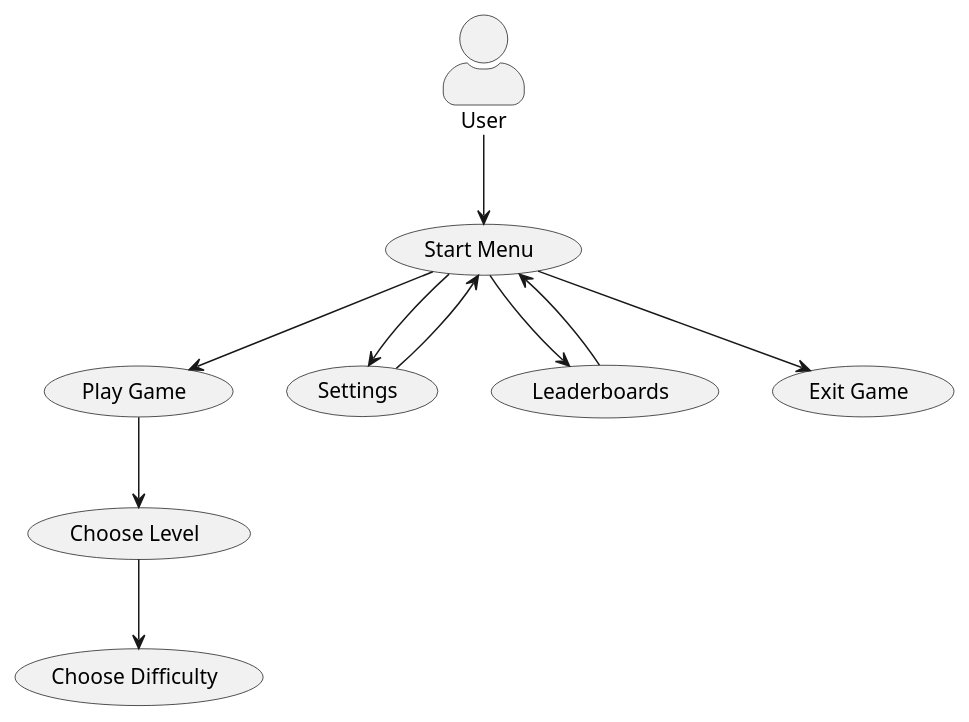
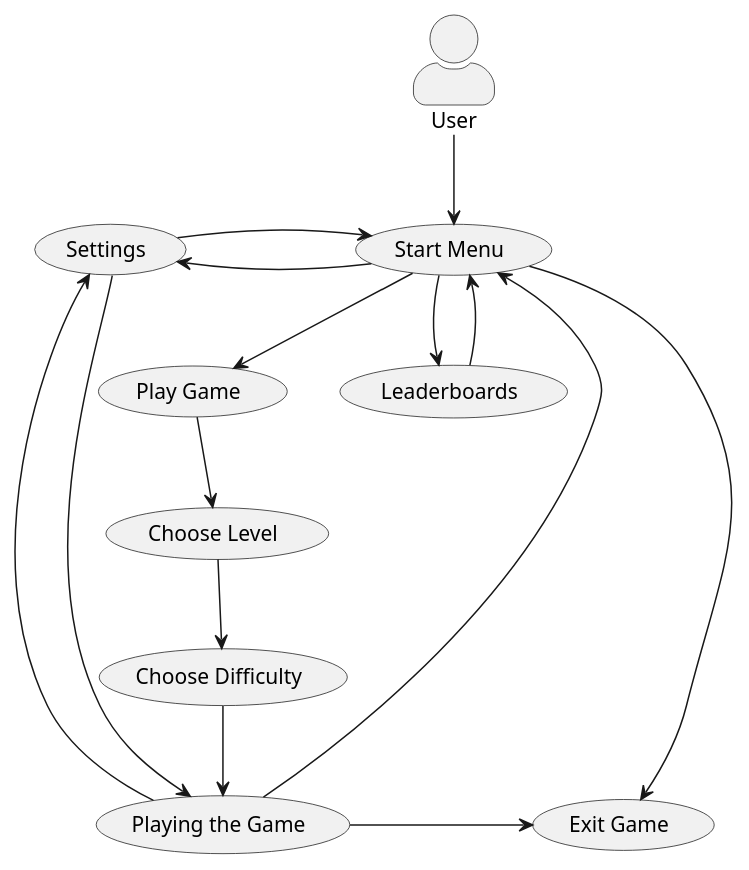
One commit to Gervig/Vaporwave-Rhythm-Racer changed the diagram in doc/Plan/static/usecase.puml. Above: the diagram before and after it, drawn with PlantUML. The commit also changed 6 other files, not shown here.

Commit message:
classDiagram & useCase

```diff
--- a/doc/Plan/static/usecase.puml
+++ b/doc/Plan/static/usecase.puml
@@ -1,26 +1,32 @@
 @startuml
 'https://plantuml.com/use-case-diagram
 
 skinparam actorStyle awesome
 
 
 User --> (Start Menu)
 (Start Menu) --> (Play Game)
-(Start Menu) --> (Settings)
+(Start Menu) -right-> (Settings)
 (Start Menu) --> (Leaderboards)
 (Start Menu) --> (Exit Game)
 
 (Play Game) --> (Choose Level)
 (Choose Level) --> (Choose Difficulty)
+(Choose Difficulty) --> (Playing the Game)
+(Playing the Game) --> (Start Menu)
+(Playing the Game) -right-> (Exit Game)
+(Playing the Game) -up-> (Settings)
+(Settings) --> (Playing the Game)
 
-(Settings) --> (Start Menu)
 (Leaderboards) --> (Start Menu)
+(Settings) -right-> (Start Menu)
 
 
 (Start Menu)
 (Play Game)
 (Settings)
 (Leaderboards)
 (Exit Game)
+(Playing the Game)
 
 @enduml
```
